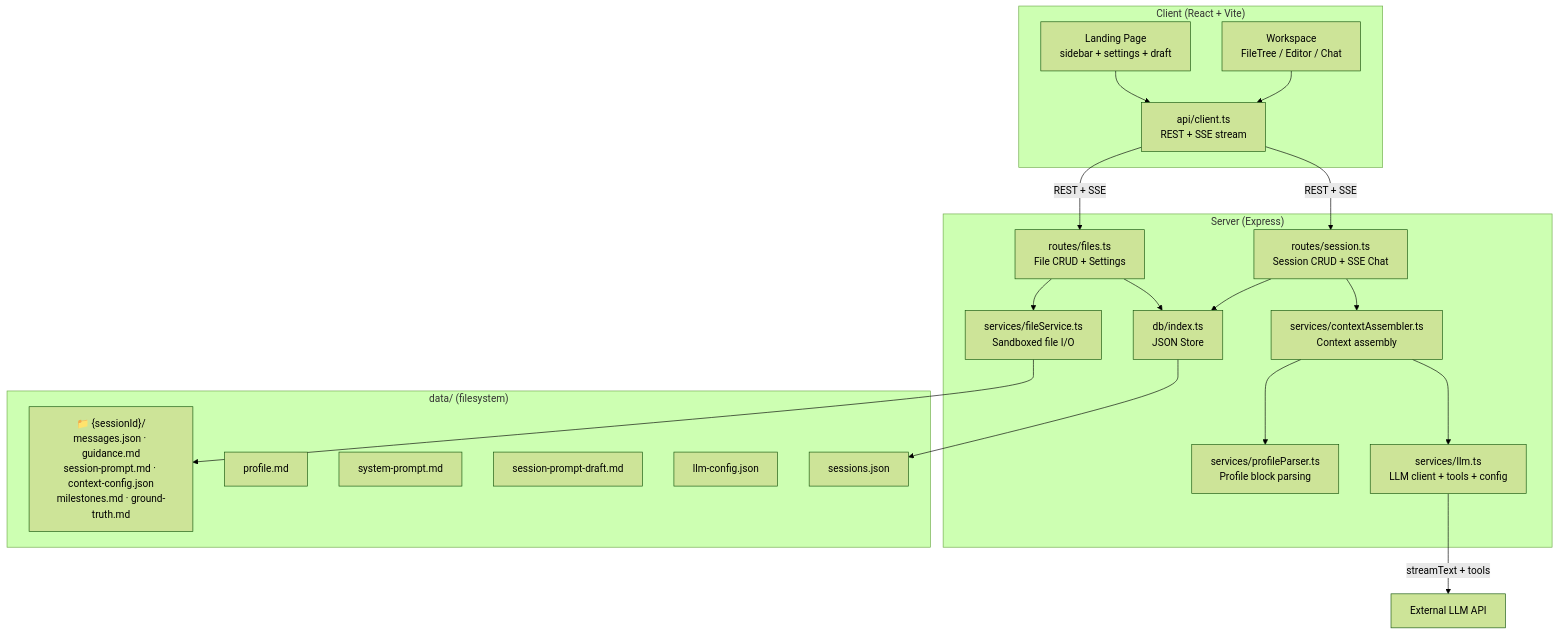
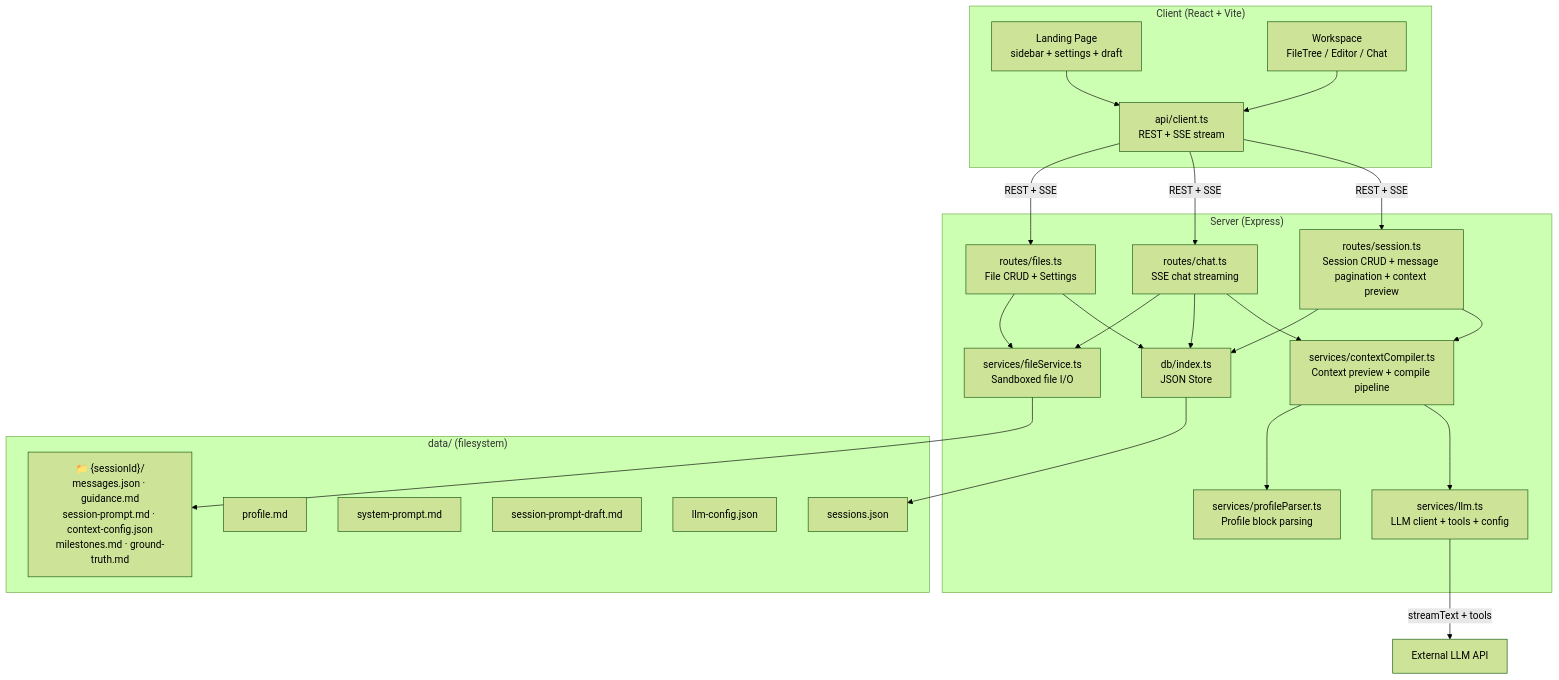
One commit to albert-zen/AgentTeacher-Tutor changed the first of 4 diagrams in ARCHITECTURE.md. Above: the diagram before and after it, drawn with Mermaid (forest theme). The commit also changed other lines of this file and 1 other file, not shown here.

First line of the commit message:
docs: refresh README and architecture guide

````diff
--- a/ARCHITECTURE.md
+++ b/ARCHITECTURE.md
@@ -22,36 +22,39 @@
 ```mermaid
 graph TB
     subgraph Client ["Client (React + Vite)"]
         LP[Landing Page<br/>sidebar + settings + draft]
         WS[Workspace<br/>FileTree / Editor / Chat]
         API[api/client.ts<br/>REST + SSE stream]
     end
 
     subgraph Server ["Server (Express)"]
-        SR[routes/session.ts<br/>Session CRUD + SSE Chat]
+        SR[routes/session.ts<br/>Session CRUD + message pagination + context preview]
+        CR[routes/chat.ts<br/>SSE chat streaming]
         FR[routes/files.ts<br/>File CRUD + Settings]
-        CA[services/contextAssembler.ts<br/>Context assembly]
+        CC[services/contextCompiler.ts<br/>Context preview + compile pipeline]
         LLM[services/llm.ts<br/>LLM client + tools + config]
         PP[services/profileParser.ts<br/>Profile block parsing]
         FS[services/fileService.ts<br/>Sandboxed file I/O]
         ST[db/index.ts<br/>JSON Store]
     end
 
     subgraph Data ["data/ (filesystem)"]
         SJ[sessions.json]
         PM[profile.md]
         SP[system-prompt.md]
         SPD[session-prompt-draft.md]
         LC[llm-config.json]
         SD["📁 {sessionId}/<br/>messages.json · guidance.md<br/>session-prompt.md · context-config.json<br/>milestones.md · ground-truth.md"]
     end
 
     LP & WS --> API
-    API -- "REST + SSE" --> SR & FR
-    SR --> CA --> LLM
-    CA --> PP
-    SR & FR --> ST --> SJ
+    API -- "REST + SSE" --> SR & CR & FR
+    SR --> CC
+    CR --> CC --> LLM
+    CC --> PP
+    SR & CR & FR --> ST --> SJ
     FR --> FS
+    CR --> FS
     FS --> SD
     LLM -- "streamText + tools" --> EXT["External LLM API"]
 ```
````
